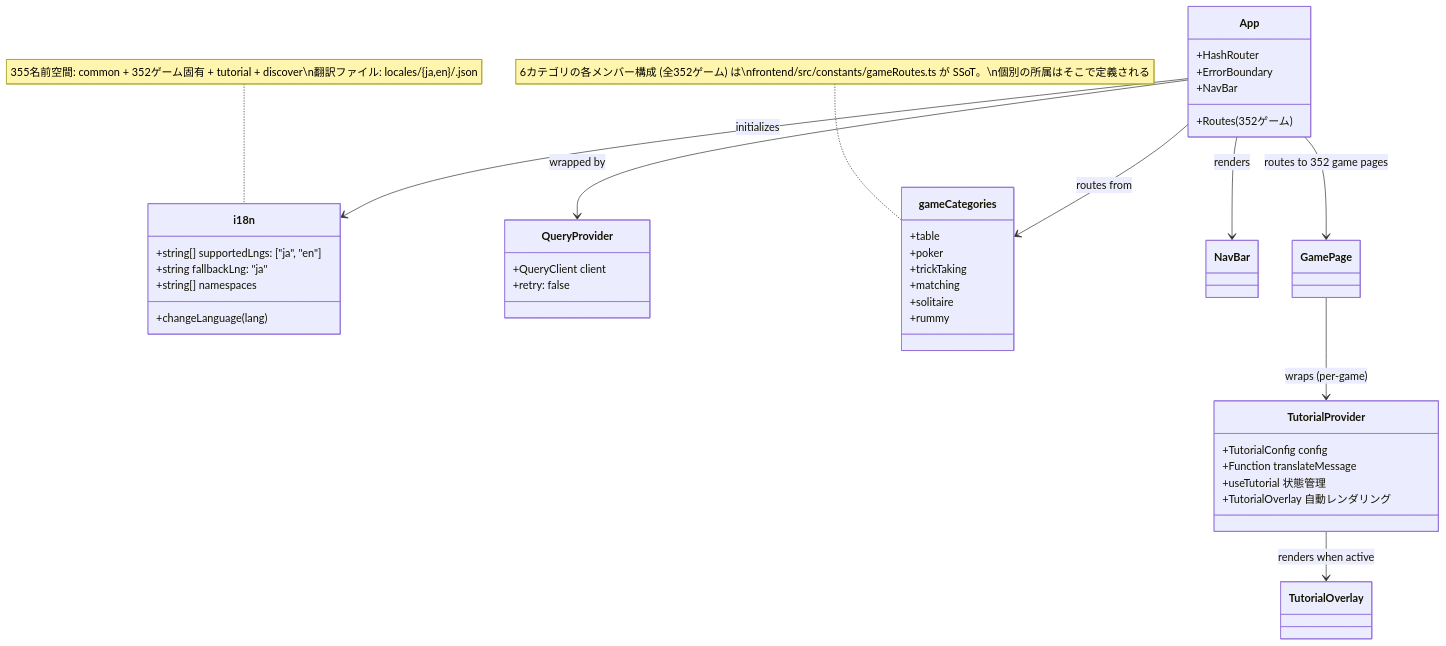
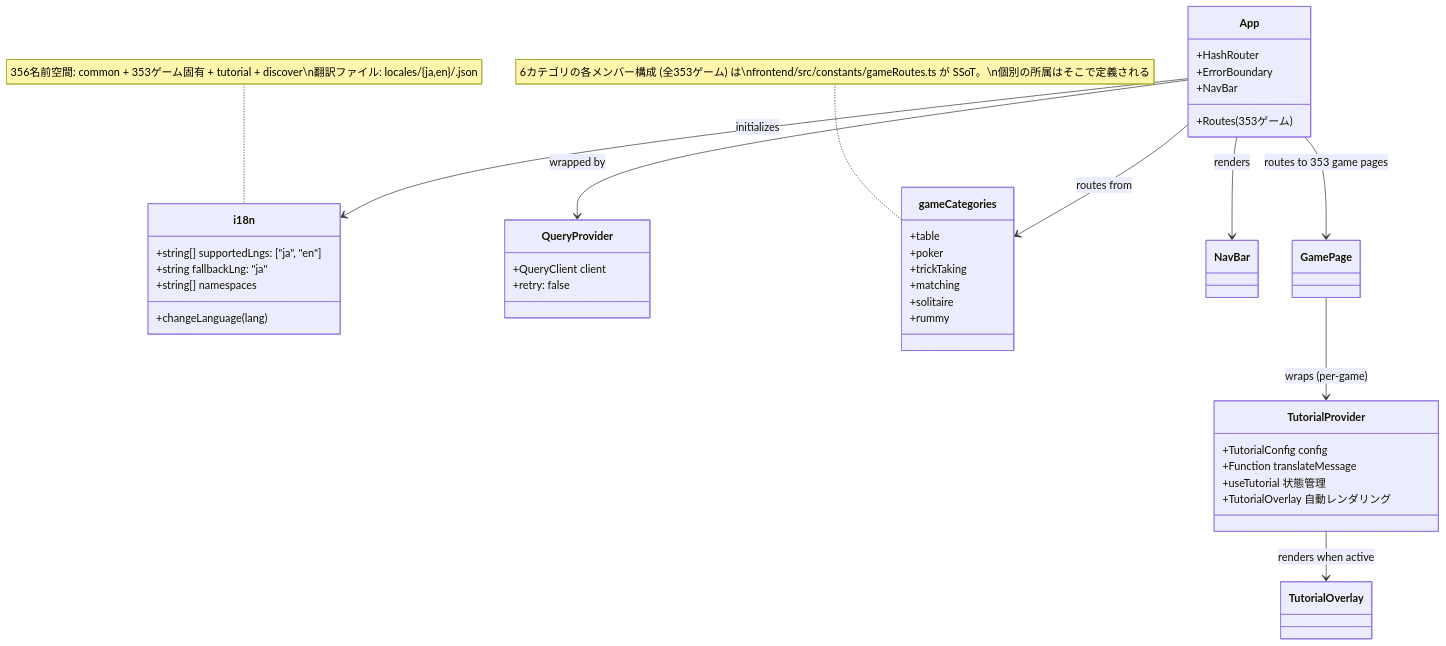
One commit to yuta-yoshinaga/go_trumpcards changed the ninth of 49 diagrams in docs/design/frontend.md. Above: the diagram before and after it, drawn with Mermaid. The commit also changed other lines of this file and 66 other files, not shown here.

````diff
--- a/docs/design/frontend.md
+++ b/docs/design/frontend.md
@@ -1874,48 +1874,48 @@
 ```mermaid
 classDiagram
     class i18n {
         +string[] supportedLngs: ["ja", "en"]
         +string fallbackLng: "ja"
         +string[] namespaces
         +changeLanguage(lang)
     }
 
     class QueryProvider {
         +QueryClient client
         +retry: false
     }
 
     class App {
         +HashRouter
         +ErrorBoundary
         +NavBar
-        +Routes (352ゲーム)
+        +Routes (353ゲーム)
     }
 
     class gameCategories {
         +table
         +poker
         +trickTaking
         +matching
         +solitaire
         +rummy
     }
-    note for gameCategories "6カテゴリの各メンバー構成 (全352ゲーム) は\nfrontend/src/constants/gameRoutes.ts が SSoT。\n個別の所属はそこで定義される"
+    note for gameCategories "6カテゴリの各メンバー構成 (全353ゲーム) は\nfrontend/src/constants/gameRoutes.ts が SSoT。\n個別の所属はそこで定義される"
 
     class TutorialProvider {
         +TutorialConfig config
         +Function translateMessage
         +useTutorial 状態管理
         +TutorialOverlay 自動レンダリング
     }
 
     App --> QueryProvider : wrapped by
     App --> i18n : initializes
     App --> gameCategories : routes from
     App --> NavBar : renders
-    App --> GamePage : routes to 352 game pages
+    App --> GamePage : routes to 353 game pages
     GamePage --> TutorialProvider : wraps (per-game)
     TutorialProvider --> TutorialOverlay : renders when active
 
-    note for i18n "355名前空間: common + 352ゲーム固有 + tutorial + discover\n翻訳ファイル: locales/{ja,en}/<game>.json"
+    note for i18n "356名前空間: common + 353ゲーム固有 + tutorial + discover\n翻訳ファイル: locales/{ja,en}/<game>.json"
 ```
````
